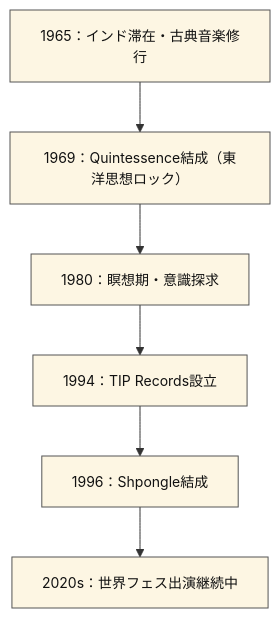
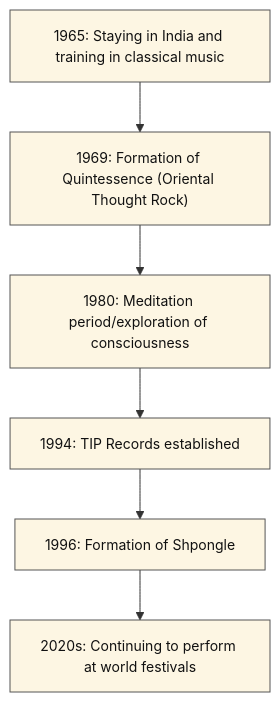
One commit to monumental-movement/monumental-movement.github.io changed the fourth of 4 diagrams in en/_posts/2025-10-05-Column-Shpongle.md. Above: the diagram before and after it, drawn with Mermaid. The commit also changed other lines of this file and 152 other files, not shown here.

```diff
--- a/en/_posts/2025-10-05-Column-Shpongle.md
+++ b/en/_posts/2025-10-05-Column-Shpongle.md
@@ -166,13 +166,13 @@
 <div class="mermaid">
 
 flowchart TD
-  A1965["1965：インド滞在・古典音楽修行"] --> A1969["1969：Quintessence結成（東洋思想ロック）"]
-  A1969 --> A1980["1980：瞑想期・意識探求"]
-  A1980 --> A1994["1994：TIP Records設立"]
-  A1994 --> A1996["1996：Shpongle結成"]
-  A1996 --> A2020["2020s：世界フェス出演継続中"]
+  A1965["1965: Staying in India and training in classical music"] --> A1969["1969: Formation of Quintessence (Oriental Thought Rock)"]
+  A1969 --> A1980["1980: Meditation period/exploration of consciousness"]
+  A1980 --> A1994["1994: TIP Records established"]
+  A1994 --> A1996["1996: Formation of Shpongle"]
+  A1996 --> A2020["2020s: Continuing to perform at world festivals"]
 
   classDef node fill:#fdf6e3,stroke:#555,stroke-width:1px,color:#111,font-size:14px;
   class A1965,A1969,A1980,A1994,A1996,A2020 node;
 
 </div>
```
